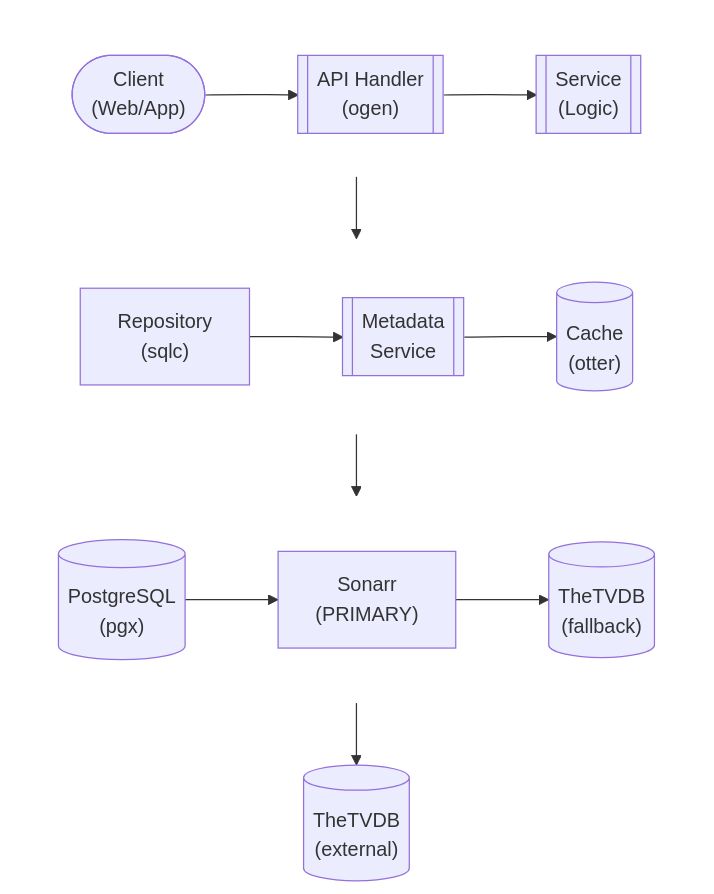
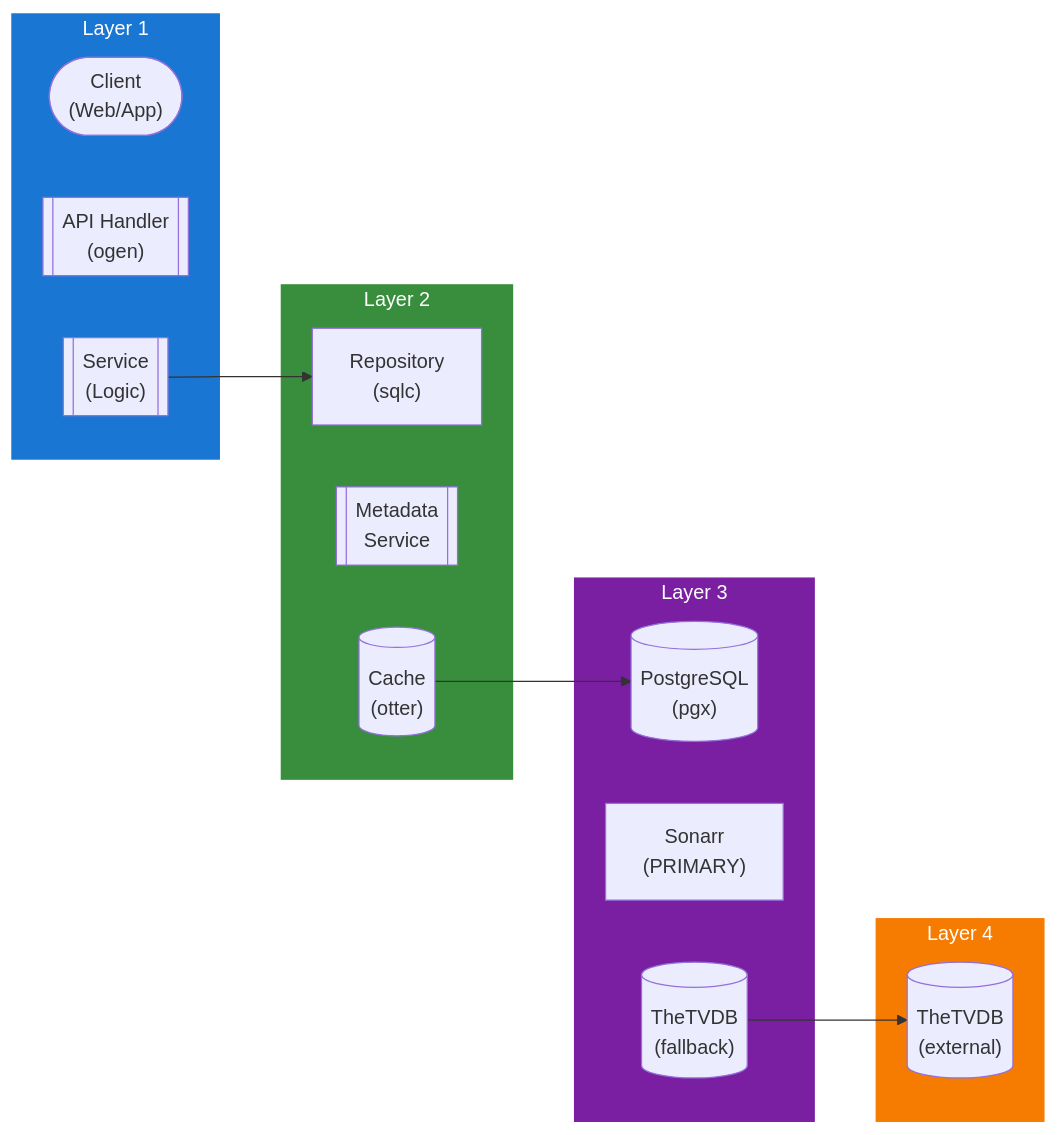
The diagram in docs/dev/design/features/video/TVSHOW_MODULE.md (lusoris/revenge), drawn with Mermaid before and after one commit. The commit also changed 215 other files, not shown here.

First line of the commit message:
feat(diagrams): convert all ASCII diagrams to Mermaid with LR subgraphs

````diff
--- a/docs/dev/design/features/video/TVSHOW_MODULE.md
+++ b/docs/dev/design/features/video/TVSHOW_MODULE.md
@@ -58,36 +58,35 @@
 ```mermaid
-flowchart TD
-    subgraph row1[ ]
-        direction LR
+flowchart LR
+    subgraph Layer1["Layer 1"]
         node1(["Client<br/>(Web/App)"])
         node2[["API Handler<br/>(ogen)"]]
         node3[["Service<br/>(Logic)"]]
     end
-    subgraph row2[ ]
-        direction LR
+
+    subgraph Layer2["Layer 2"]
         node4["Repository<br/>(sqlc)"]
         node5[["Metadata<br/>Service"]]
         node6[("Cache<br/>(otter)")]
     end
-    subgraph row3[ ]
-        direction LR
+
+    subgraph Layer3["Layer 3"]
         node7[("PostgreSQL<br/>(pgx)")]
         node8["Sonarr<br/>(PRIMARY)"]
         node9[("TheTVDB<br/>(fallback)")]
     end
-    node10[("TheTVDB<br/>(external)")]
-    node1 --> node2
-    node2 --> node3
-    node4 --> node5
-    node5 --> node6
-    node7 --> node8
-    node8 --> node9
+
+    subgraph Layer4["Layer 4"]
+        node10[("TheTVDB<br/>(external)")]
+    end
+
+    %% Connections
     node3 --> node4
     node6 --> node7
     node9 --> node10
 
-    %% Hide row subgraph borders
-    style row1 fill:transparent,stroke:transparent
-    style row2 fill:transparent,stroke:transparent
-    style row3 fill:transparent,stroke:transparent
+    %% Styling
+    style Layer1 fill:#1976D2,stroke:#1976D2,color:#fff
+    style Layer2 fill:#388E3C,stroke:#388E3C,color:#fff
+    style Layer3 fill:#7B1FA2,stroke:#7B1FA2,color:#fff
+    style Layer4 fill:#F57C00,stroke:#F57C00,color:#fff
 ```
````
